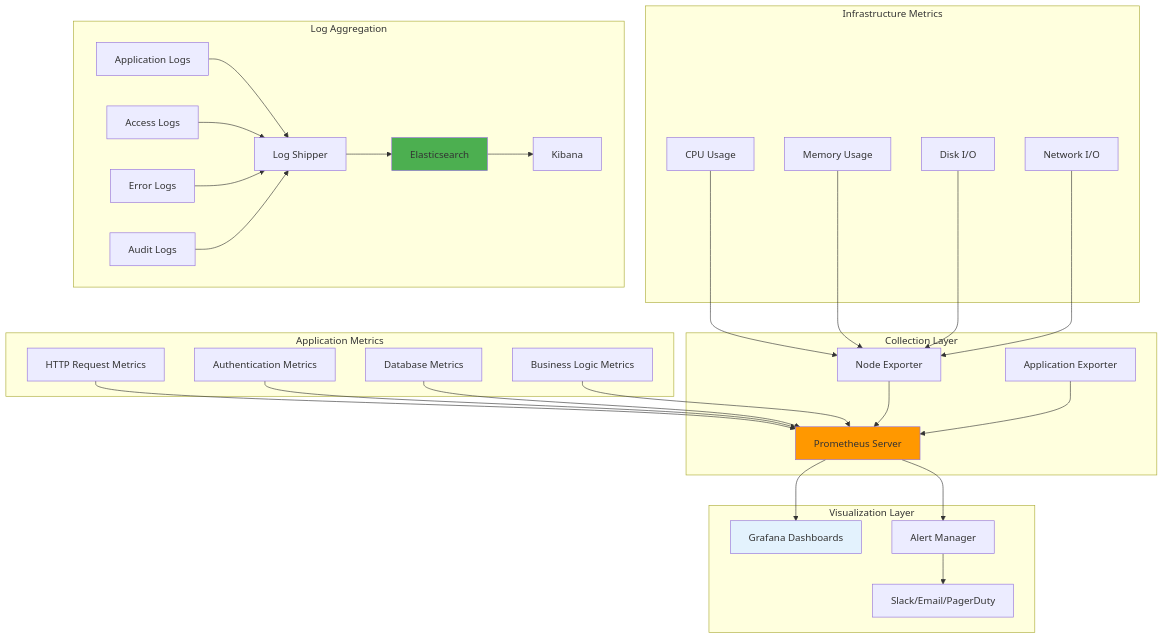
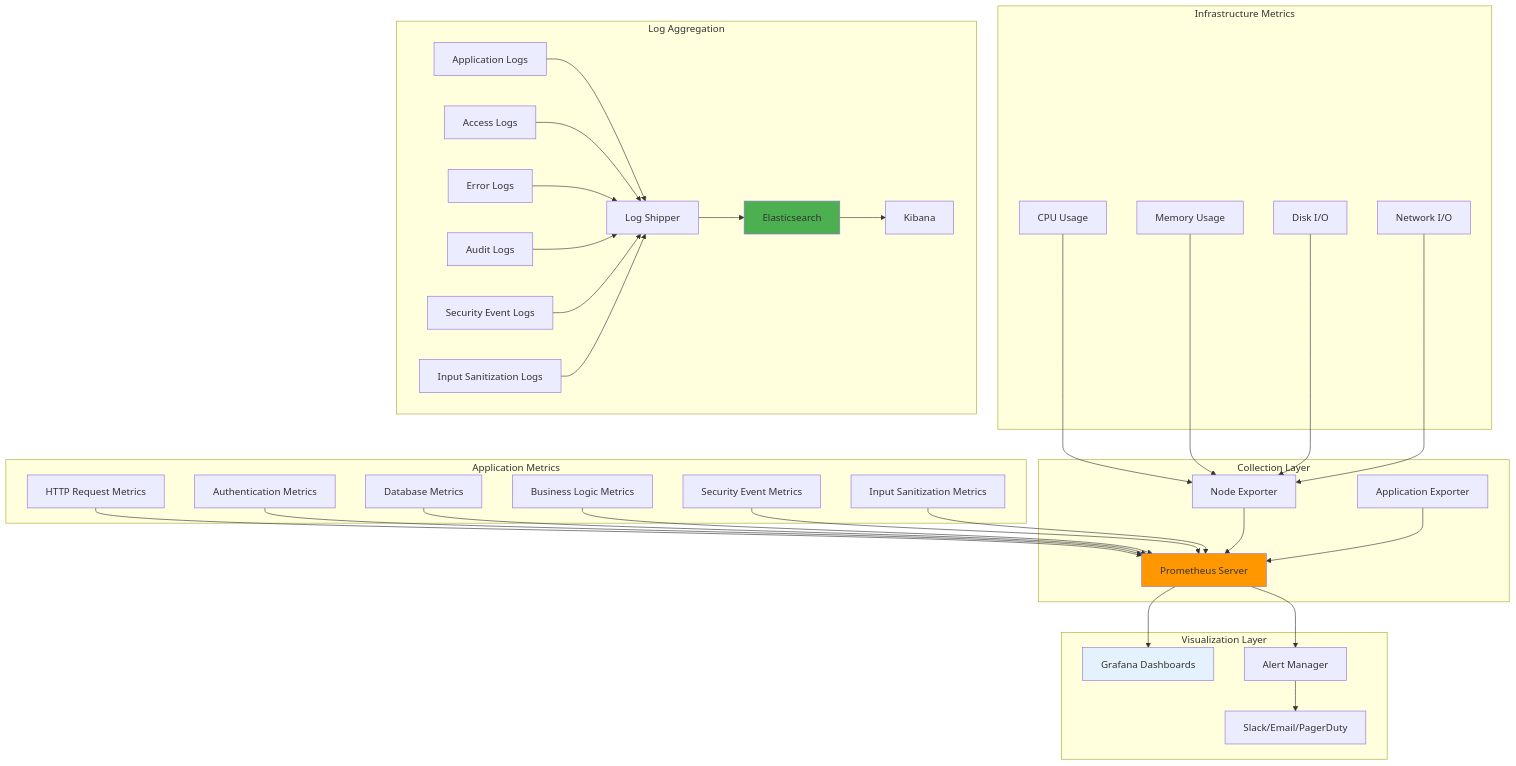
One commit to radek-zitek-cloud/pully-theta changed diagram 27 of 27 in code/go-auth/auth-service/docs/ARCHITECTURE.md. Above: the diagram before and after it, drawn with Mermaid. The commit also changed other lines of this file, not shown here.

Commit message:
feat(docs): Update architecture documentation to enhance input sanitization section and add testing architecture details

````diff
--- a/code/go-auth/auth-service/docs/ARCHITECTURE.md
+++ b/code/go-auth/auth-service/docs/ARCHITECTURE.md
@@ -983,68 +1372,76 @@
 ```mermaid
 graph TB
     subgraph "Application Metrics"
         HTTP_METRICS[HTTP Request Metrics]
         AUTH_METRICS[Authentication Metrics]
         DB_METRICS[Database Metrics]
         BUSINESS_METRICS[Business Logic Metrics]
+        SECURITY_METRICS[Security Event Metrics]
+        SANITIZER_METRICS[Input Sanitization Metrics]
     end
     
     subgraph "Infrastructure Metrics"
         CPU[CPU Usage]
         MEMORY[Memory Usage]
         DISK[Disk I/O]
         NETWORK[Network I/O]
     end
     
     subgraph "Collection Layer"
         PROMETHEUS[Prometheus Server]
         NODE_EXPORTER[Node Exporter]
         APP_EXPORTER[Application Exporter]
     end
     
     subgraph "Visualization Layer"
         GRAFANA[Grafana Dashboards]
         ALERTS[Alert Manager]
         NOTIFICATIONS[Slack/Email/PagerDuty]
     end
     
     subgraph "Log Aggregation"
         APP_LOGS[Application Logs]
         ACCESS_LOGS[Access Logs]
         ERROR_LOGS[Error Logs]
         AUDIT_LOGS[Audit Logs]
+        SECURITY_LOGS[Security Event Logs]
+        SANITIZER_LOGS[Input Sanitization Logs]
         
         LOG_SHIPPER[Log Shipper]
         ELASTIC[Elasticsearch]
         KIBANA[Kibana]
     end
     
     HTTP_METRICS --> PROMETHEUS
     AUTH_METRICS --> PROMETHEUS
     DB_METRICS --> PROMETHEUS
     BUSINESS_METRICS --> PROMETHEUS
+    SECURITY_METRICS --> PROMETHEUS
+    SANITIZER_METRICS --> PROMETHEUS
     
     CPU --> NODE_EXPORTER
     MEMORY --> NODE_EXPORTER
     DISK --> NODE_EXPORTER
     NETWORK --> NODE_EXPORTER
     
     NODE_EXPORTER --> PROMETHEUS
     APP_EXPORTER --> PROMETHEUS
     
     PROMETHEUS --> GRAFANA
     PROMETHEUS --> ALERTS
     ALERTS --> NOTIFICATIONS
     
     APP_LOGS --> LOG_SHIPPER
     ACCESS_LOGS --> LOG_SHIPPER
     ERROR_LOGS --> LOG_SHIPPER
     AUDIT_LOGS --> LOG_SHIPPER
+    SECURITY_LOGS --> LOG_SHIPPER
+    SANITIZER_LOGS --> LOG_SHIPPER
     
     LOG_SHIPPER --> ELASTIC
     ELASTIC --> KIBANA
     
     style PROMETHEUS fill:#FF9800
     style GRAFANA fill:#E3F2FD
     style ELASTIC fill:#4CAF50
 ```
````
